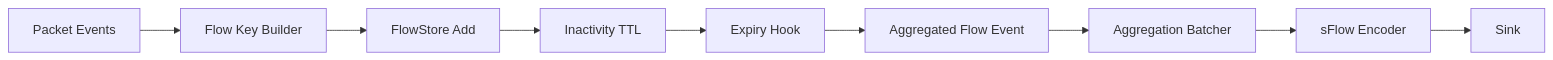
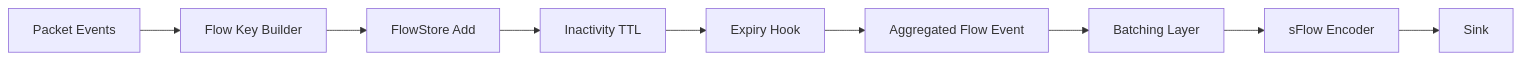
One commit to netsampler/goflow2 changed the second of 6 diagrams in docs/reflow-architecture.md. Above: the diagram before and after it, drawn with Mermaid. The commit also changed other lines of this file, not shown here.

Commit message:
docs(reflow): clarify batching and flush semantics

````diff
--- a/docs/reflow-architecture.md
+++ b/docs/reflow-architecture.md
@@ -294,11 +299,11 @@
 ```mermaid
 flowchart LR
     IN[Packet Events] --> KEY[Flow Key Builder]
     KEY --> STORE[FlowStore Add]
     STORE --> TTL[Inactivity TTL]
     TTL --> EXPIRE[Expiry Hook]
     EXPIRE --> AGG[Aggregated Flow Event]
-    AGG --> BATCH[Aggregation Batcher]
+    AGG --> BATCH[Batching Layer]
     BATCH --> ENC[sFlow Encoder]
     ENC --> SINK[Sink]
 ```
````
